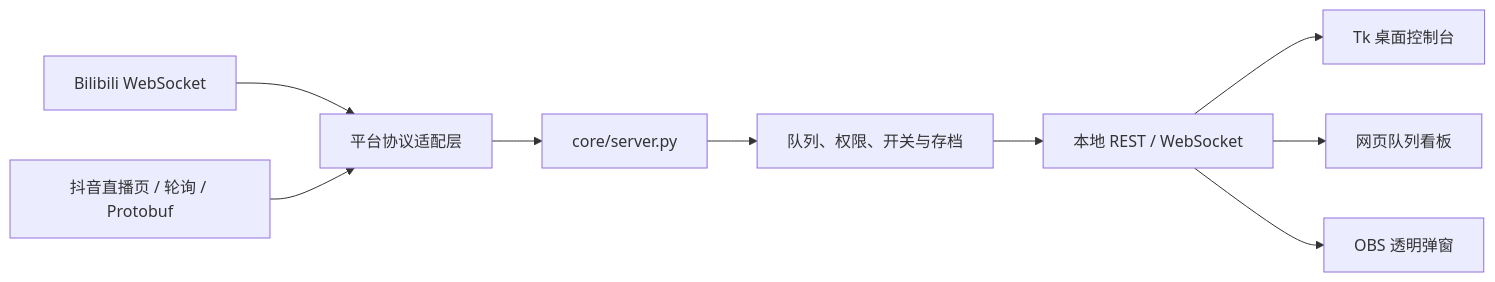
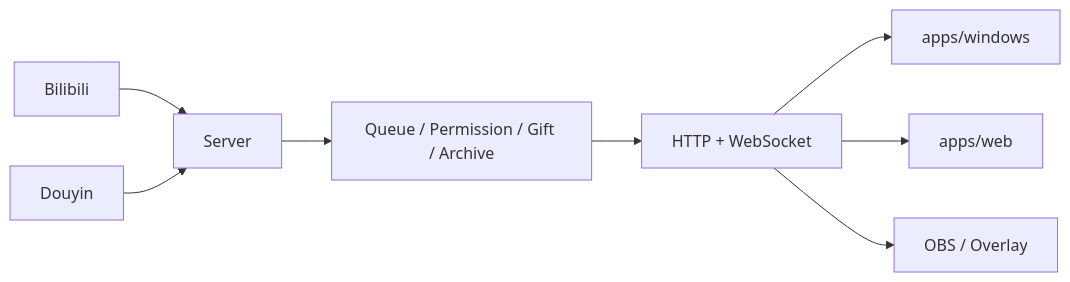
One commit to ZzzHe2333/bilipdj changed the diagram in README.md. Above: the diagram before and after it, drawn with Mermaid. The commit also changed other lines of this file and 31 other files, not shown here.

Commit message:
refactor: split apps into server web and windows

````diff
--- a/README.md
+++ b/README.md
@@ -110,11 +130,10 @@
 ```mermaid
 flowchart LR
-    B[Bilibili WebSocket] --> P[平台协议适配层]
-    D[抖音直播页 / 轮询 / Protobuf] --> P
-    P --> S[core/server.py]
-    S --> Q[队列、权限、开关与存档]
-    Q --> A[本地 REST / WebSocket]
-    A --> G[Tk 桌面控制台]
-    A --> W[网页队列看板]
-    A --> O[OBS 透明弹窗]
+    B[Bilibili] --> S[Server]
+    D[Douyin] --> S
+    S --> Q[Queue / Permission / Gift / Archive]
+    Q --> API[HTTP + WebSocket]
+    API --> W[apps/windows]
+    API --> WEB[apps/web]
+    API --> OBS[OBS / Overlay]
 ```
````
